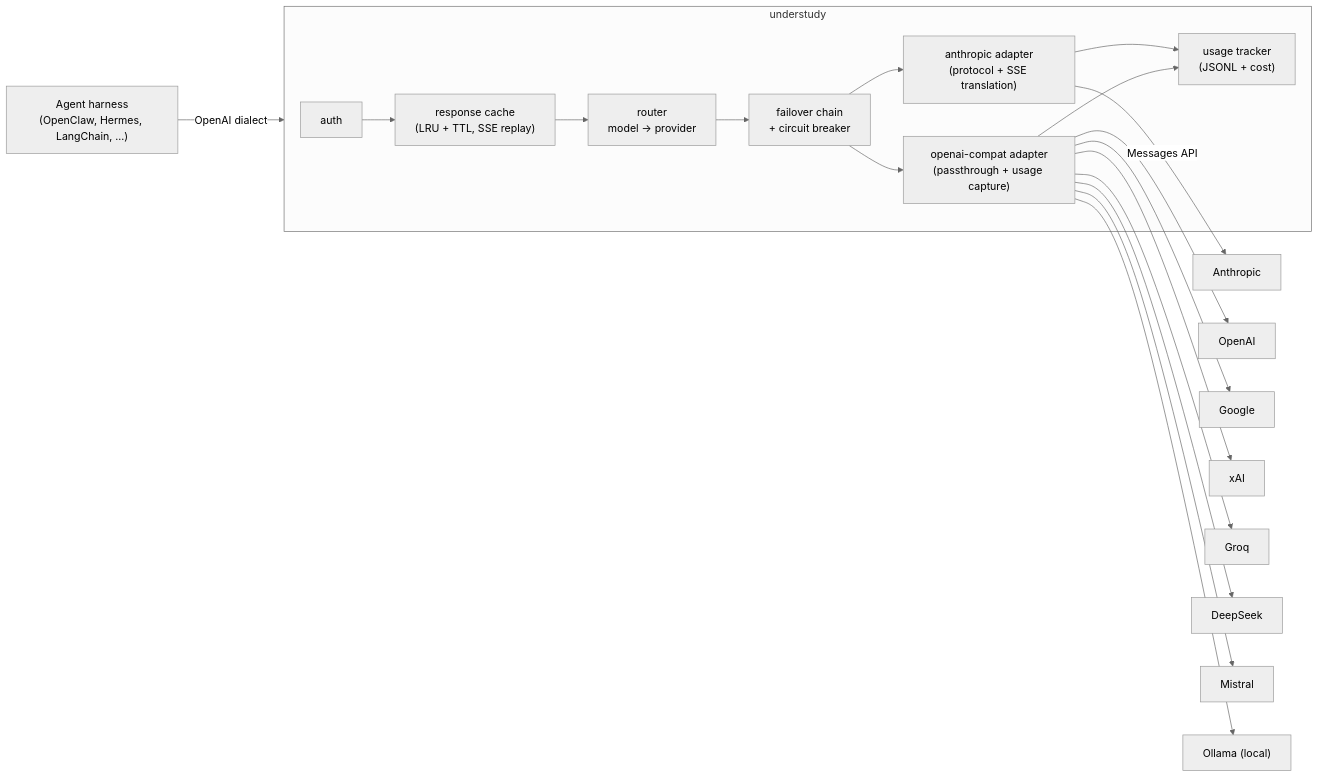
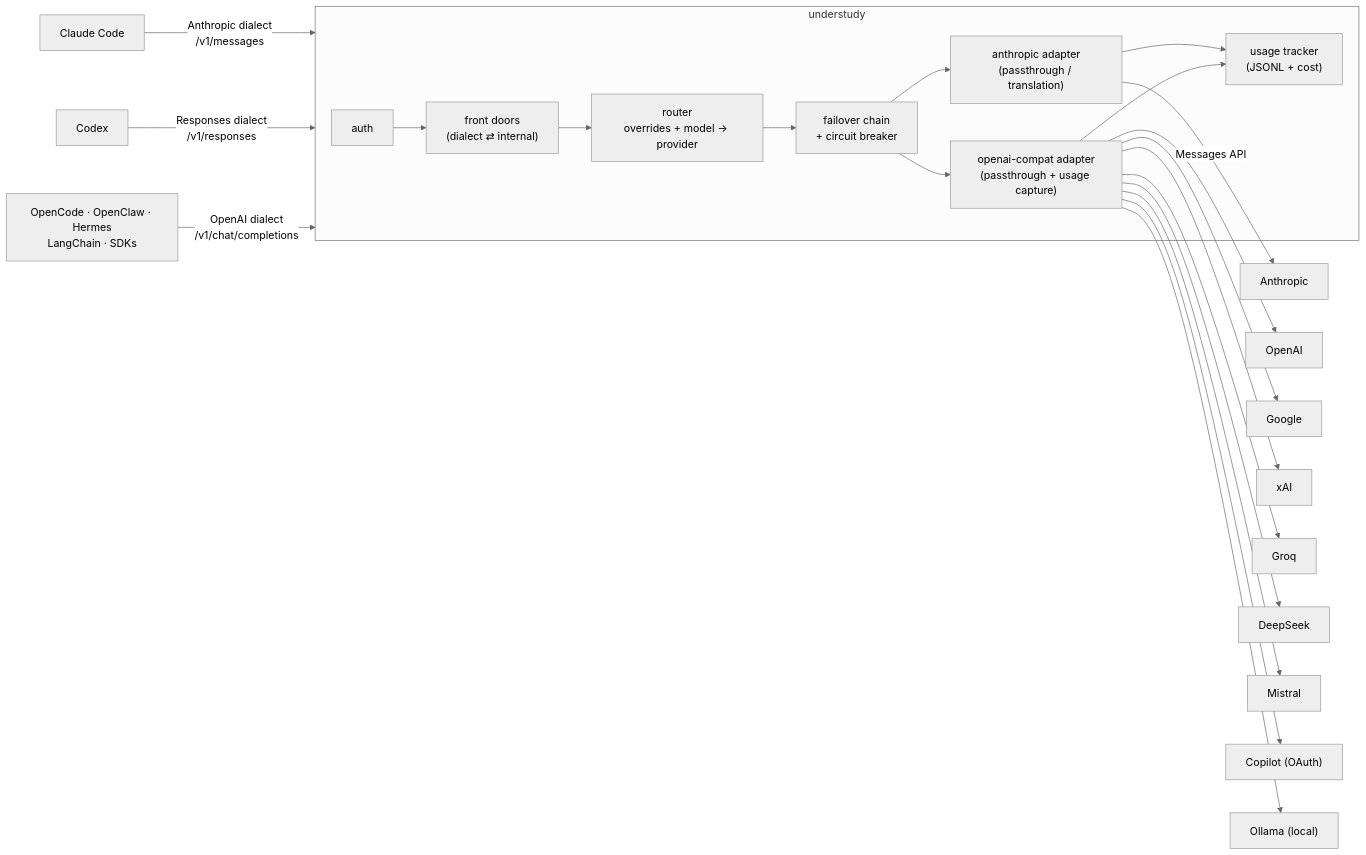
Before and after one commit to ariangibson/understudy: the diagram in README.md, drawn with Mermaid (neutral theme). The commit also changed other lines of this file and 2 other files, not shown here.

First line of the commit message:
docs: README for the five-harness era

````diff
--- a/README.md
+++ b/README.md
@@ -215,16 +289,18 @@
 ```mermaid
 flowchart LR
-    Agent["Agent harness<br/>(OpenClaw, Hermes, LangChain, ...)"] -->|"OpenAI dialect"| GW
+    CC["Claude Code"] -->|"Anthropic dialect<br/>/v1/messages"| GW
+    CX["Codex"] -->|"Responses dialect<br/>/v1/responses"| GW
+    Agent["OpenCode · OpenClaw · Hermes<br/>LangChain · SDKs"] -->|"OpenAI dialect<br/>/v1/chat/completions"| GW
 
     subgraph GW["understudy"]
-        Auth["auth"] --> Cache["response cache<br/>(LRU + TTL, SSE replay)"]
-        Cache --> Router["router<br/>model → provider"]
+        Auth["auth"] --> Front["front doors<br/>(dialect ⇄ internal)"]
+        Front --> Router["router<br/>overrides + model → provider"]
         Router --> Chain["failover chain<br/>+ circuit breaker"]
-        Chain --> A["anthropic adapter<br/>(protocol + SSE translation)"]
+        Chain --> A["anthropic adapter<br/>(passthrough / translation)"]
         Chain --> O["openai-compat adapter<br/>(passthrough + usage capture)"]
         A & O --> Usage["usage tracker<br/>(JSONL + cost)"]
     end
 
     A -->|"Messages API"| Anthropic["Anthropic"]
-    O --> OpenAI["OpenAI"] & Google["Google"] & xAI["xAI"] & Groq["Groq"] & DeepSeek["DeepSeek"] & Mistral["Mistral"] & Ollama["Ollama (local)"]
+    O --> OpenAI["OpenAI"] & Google["Google"] & xAI["xAI"] & Groq["Groq"] & DeepSeek["DeepSeek"] & Mistral["Mistral"] & Copilot["Copilot (OAuth)"] & Ollama["Ollama (local)"]
 ```
````
